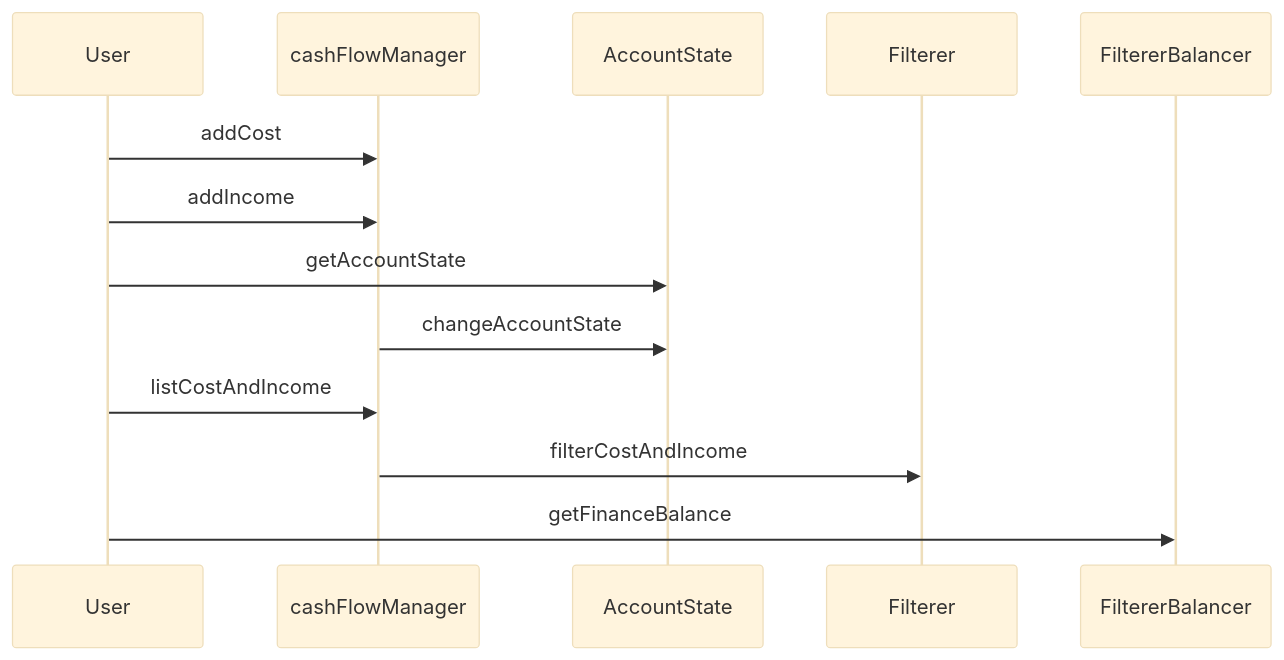
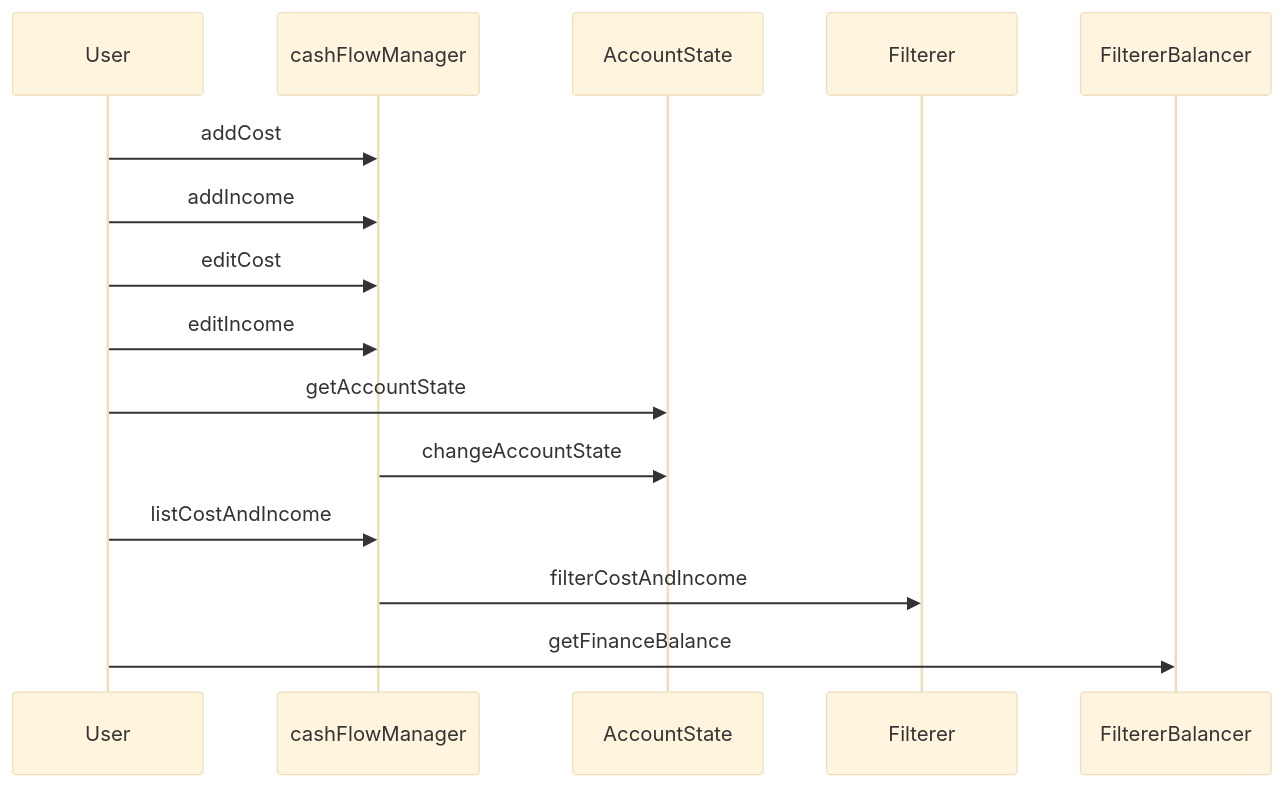
The diagram in README.md (kempakepa/budgetProject), drawn with Mermaid (base theme) before and after one commit.

Commit message:
feat(#14): edit cost and income - add to modules diagram

````diff
--- a/README.md
+++ b/README.md
@@ -22,10 +22,12 @@
 ```mermaid
 sequenceDiagram
     User->>cashFlowManager: addCost
     User->>cashFlowManager: addIncome
+    User->>cashFlowManager: editCost
+    User->>cashFlowManager: editIncome
     User->>AccountState: getAccountState
     cashFlowManager->>AccountState: changeAccountState
     User->>cashFlowManager: listCostAndIncome
     cashFlowManager->>Filterer: filterCostAndIncome
     User->>FiltererBalancer: getFinanceBalance
 ```
````
